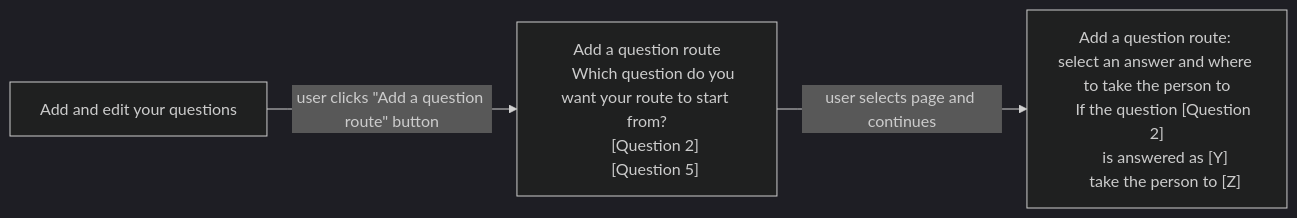
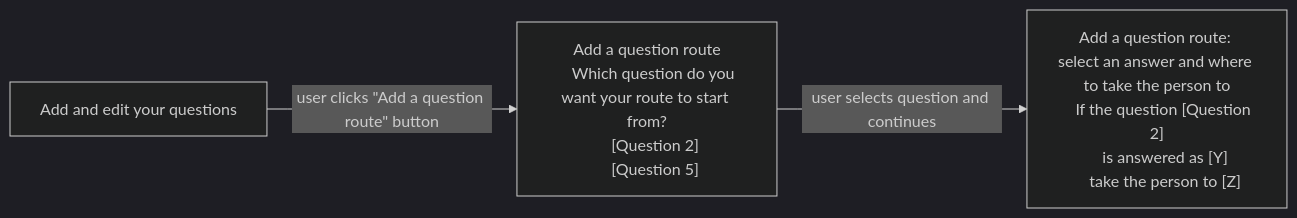
The first of 2 diagrams in design/features/routing/version-1.md (alphagov/forms), drawn with Mermaid (dark theme) before and after one commit.

Commit message:
Language change from page to question
Language change

````diff
--- a/design/features/routing/version-1.md
+++ b/design/features/routing/version-1.md
@@ -78,22 +78,22 @@
 ```mermaid
     
 flowchart LR;
 
     step1["Add and edit your questions"]
     
     step2["Add a question route
     Which question do you want your route to start from?
     [Question 2]
     [Question 5]
     "]
     
     step3["Add a question route: select an answer and where to take the person to
     If the question [Question 2]
     is answered as [Y]
     take the person to [Z]
     "]
     
     step1-->|"user clicks #quot;Add a question route#quot; button"|step2;
-    step2-->|"user selects page and continues"|step3;
+    step2-->|"user selects question and continues"|step3;
     
 ```
````
